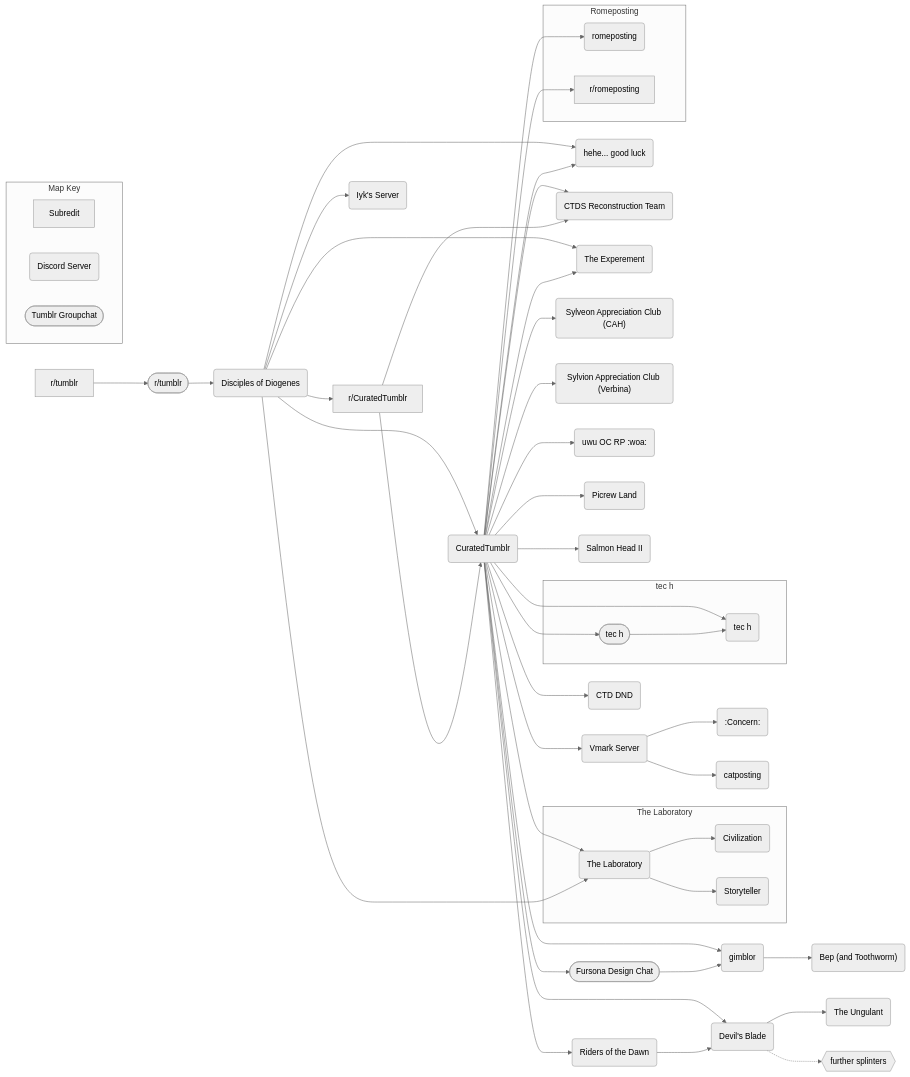
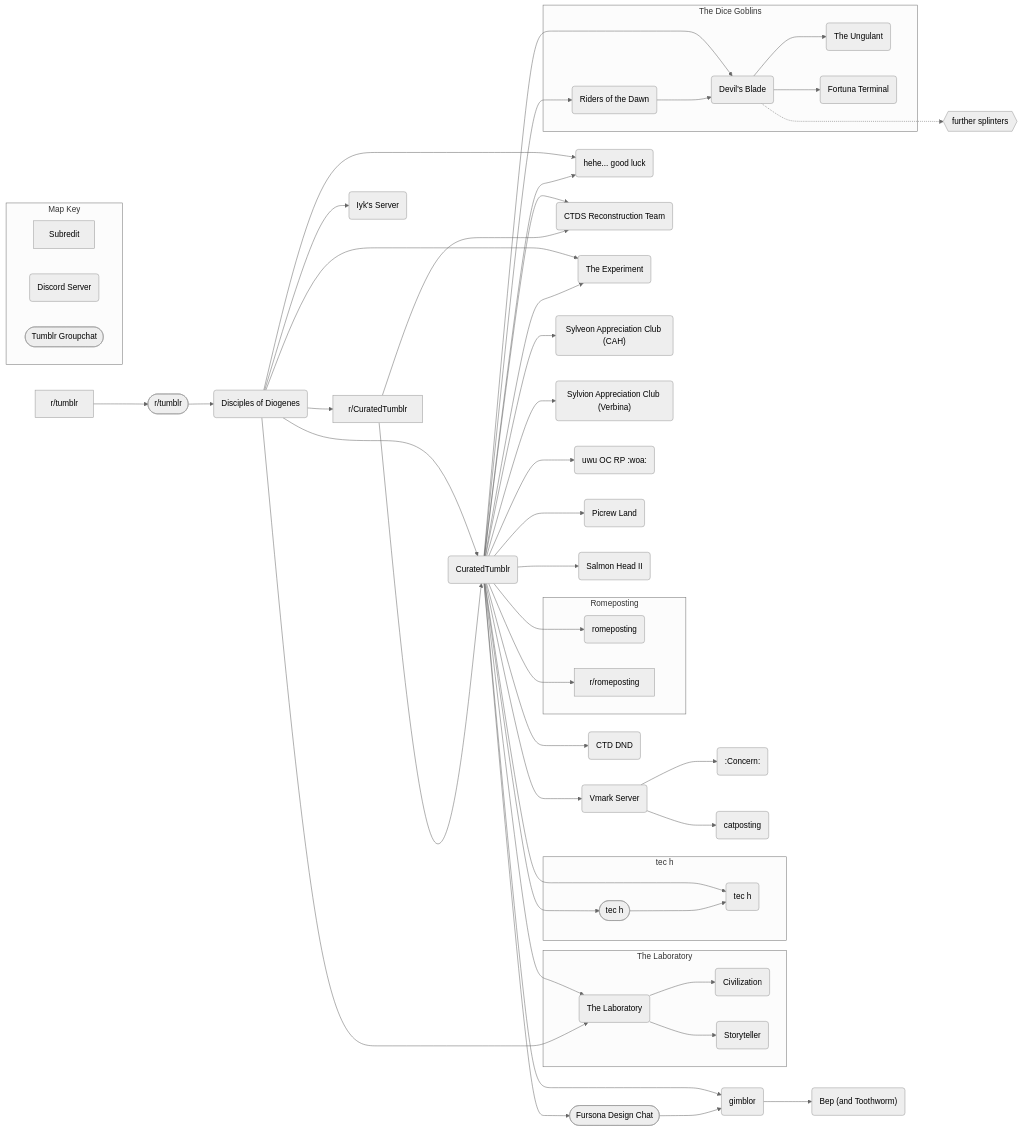
Before and after one commit to AnGenericAccount/CTDSphere-Map: the diagram in Map.md, drawn with Mermaid (neutral theme).

````diff
--- a/Map.md
+++ b/Map.md
@@ -1,56 +1,59 @@
 ```mermaid
 flowchart LR
     tumblr[r/tumblr] --> groupchat([r/tumblr])
     groupchat --> DoD(Disciples of Diogenes)
     DoD --> subreddit[r/CuratedTumblr]
     DoD --> CTDS(CuratedTumblr)
     subreddit --> CTDS
     DoD --> Iyk(Iyk's Server)
     DoD --> luck(hehe... good luck)
     CTDS --> luck
     CTDS --> reconstruction(CTDS Reconstruction Team)
     subreddit --> reconstruction
     CTDS --> lab(The Laboratory)
     DoD --> lab
     subgraph Laboratory [The Laboratory]
         lab --> Civilization(Civilization)
         lab --> Storyteller(Storyteller)
     end
-    DoD --> Experement(The Experement)
-    CTDS --> Experement
+    DoD --> Experiment(The Experiment)
+    CTDS --> Experiment
     CTDS --> CAH("Sylveon Appreciation Club (CAH)")
     CTDS --> Verbina("Sylvion Appreciation Club (Verbina)")
     CTDS --> tech(tec h)
     CTDS --> techchat([tec h])
     subgraph tec[tec h]
         techchat --> tech
     end
     CTDS --> RP(uwu OC RP :woa:)
     CTDS --> picrew(Picrew Land)
     CTDS --> salmon(Salmon Head II)
     CTDS --> Vmark(Vmark Server)
     Vmark --> concern(:Concern:)
     Vmark --> catposting(catposting)
     CTDS --> gimblor(gimblor)
     CTDS --> fursona([Fursona Design Chat])
     fursona --> gimblor
     gimblor --> bep("Bep (and Toothworm)")
     subgraph Romeposting
         rome(romeposting)
         romesub[r/romeposting]
     end
     CTDS --> rome
     CTDS --> romesub
     CTDS --> DND(CTD DND)
     CTDS --> dawn(Riders of the Dawn)
     CTDS --> blade(Devil's Blade)
-    dawn --> blade
-    blade --> ungulant(The Ungulant)
-    blade -.-> further{{further splinters}}
+    subgraph riders[The Dice Goblins]
+        dawn --> blade
+        blade --> ungulant(The Ungulant)
+        blade --> terminal(Fortuna Terminal)   
+    end
+    blade -..-> further{{further splinters}}
     subgraph Key [Map Key]
         direction LR
         sub[Subredit]
         discord(Discord Server)
         chat([Tumblr Groupchat])
     end
 ```
````
